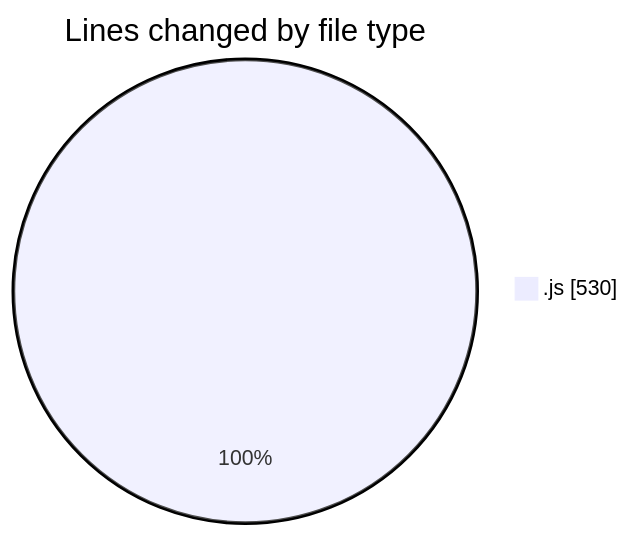
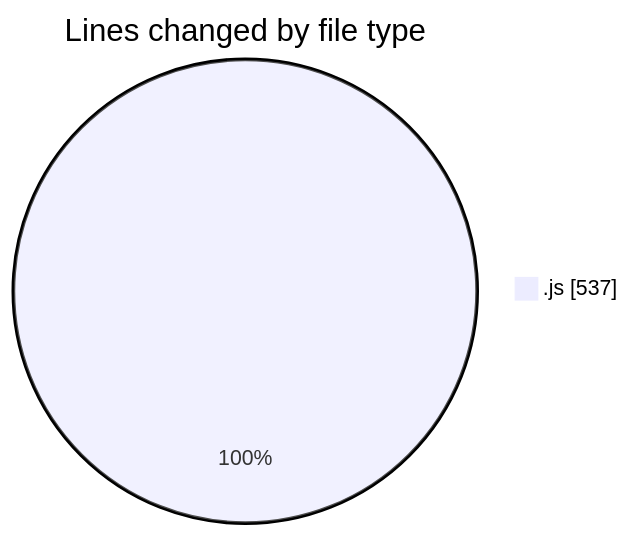
Before and after one commit to nxtqubesakshisongat/code-tracking: the first of 2 diagrams in 2025-04-16/nxtqube_webapp/README.md, drawn with Mermaid. The commit also changed other lines of this file and 1 other file, not shown here.

````diff
--- a/2025-04-16/nxtqube_webapp/README.md
+++ b/2025-04-16/nxtqube_webapp/README.md
@@ -21,5 +21,5 @@
 ```mermaid
 pie showData
 title Lines changed by file type
-".js" : 530
+".js" : 537
 ```
````
